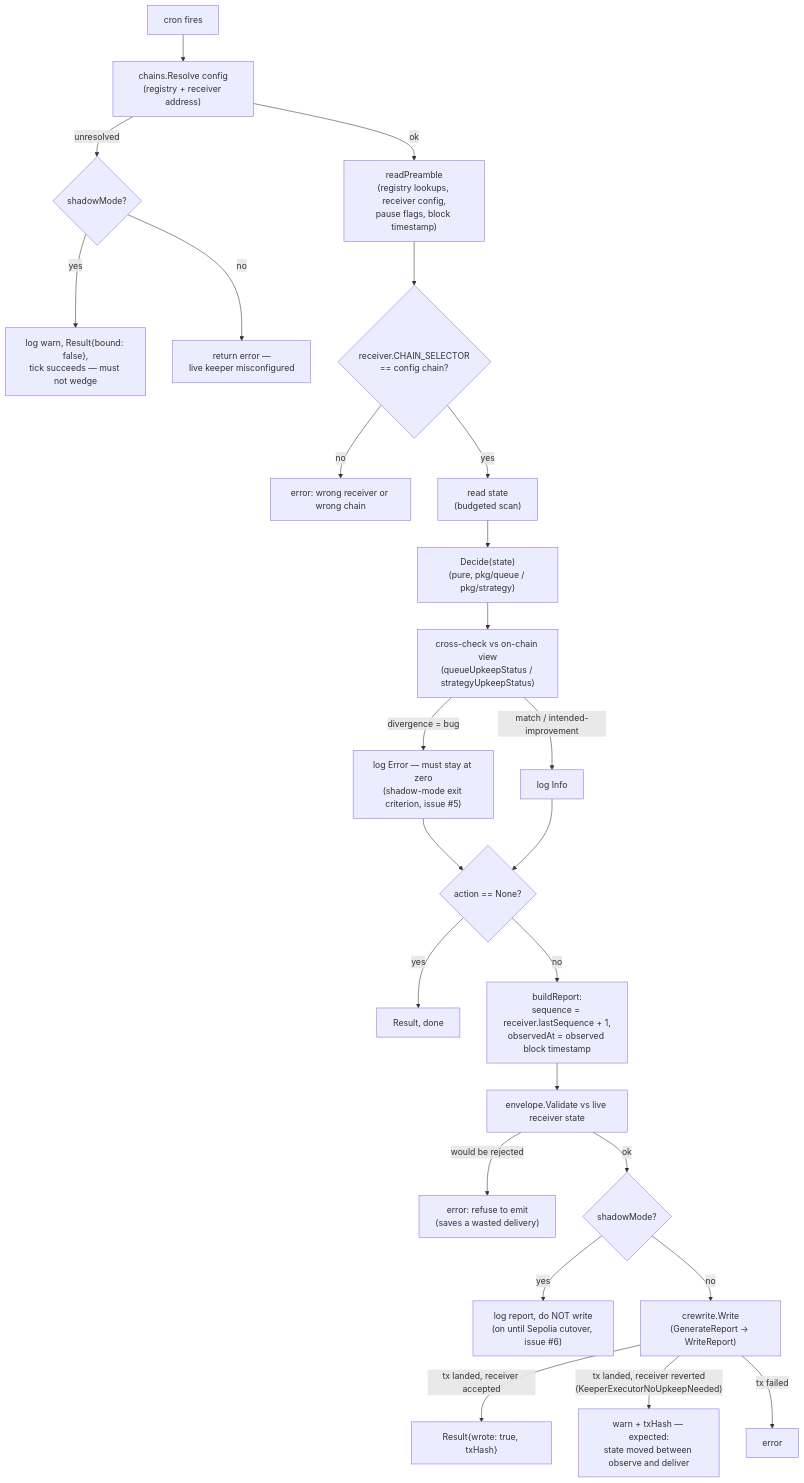
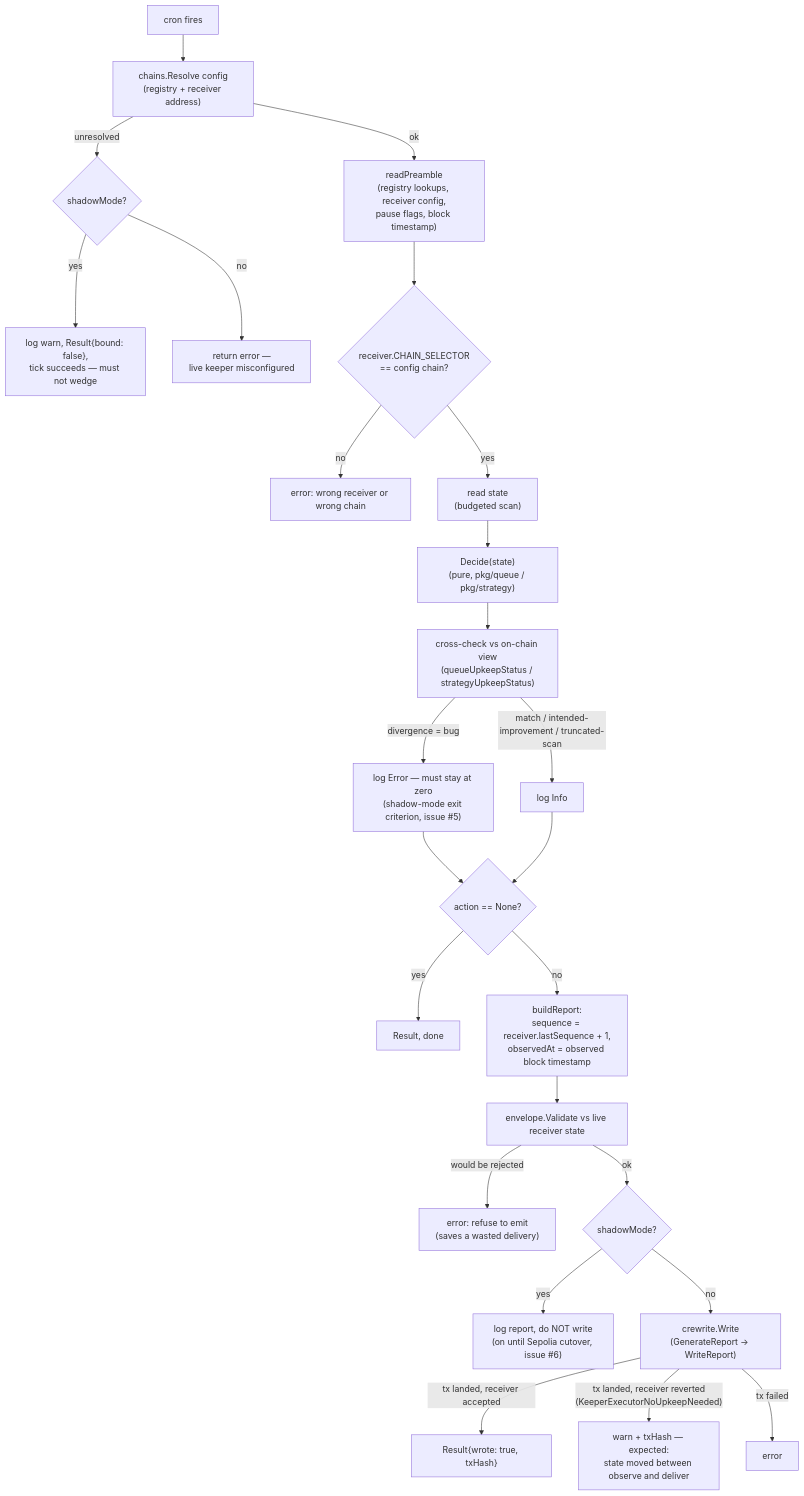
Before and after one commit to everstrat-xyz/keepers: the second of 2 diagrams in blueprints/01-system-overview.md, drawn with Mermaid. The commit also changed 11 other files, not shown here.

````diff
--- a/blueprints/01-system-overview.md
+++ b/blueprints/01-system-overview.md
@@ -73,27 +73,27 @@
 ```mermaid
 flowchart TB
     T["cron fires"] --> R["chains.Resolve config<br/>(registry + receiver address)"]
     R -- "unresolved" --> S{"shadowMode?"}
     S -- "yes" --> SW["log warn, Result{bound: false},<br/>tick succeeds — must not wedge"]
     S -- "no" --> FAIL["return error —<br/>live keeper misconfigured"]
     R -- "ok" --> P["readPreamble<br/>(registry lookups, receiver config,<br/>pause flags, block timestamp)"]
     P --> CS{"receiver.CHAIN_SELECTOR<br/>== config chain?"}
     CS -- "no" --> FAIL2["error: wrong receiver or wrong chain"]
     CS -- "yes" --> ST["read state<br/>(budgeted scan)"]
     ST --> D["Decide(state)<br/>(pure, pkg/queue / pkg/strategy)"]
     D --> X["cross-check vs on-chain view<br/>(queueUpkeepStatus / strategyUpkeepStatus)"]
     X -- "divergence = bug" --> EL["log Error — must stay at zero<br/>(shadow-mode exit criterion, issue #5)"]
-    X -- "match / intended-improvement" --> IL["log Info"]
+    X -- "match / intended-improvement / truncated-scan" --> IL["log Info"]
     EL --> NA{"action == None?"}
     IL --> NA
     NA -- "yes" --> DONE["Result, done"]
     NA -- "no" --> BR["buildReport:<br/>sequence = receiver.lastSequence + 1,<br/>observedAt = observed block timestamp"]
     BR --> V["envelope.Validate vs live receiver state"]
     V -- "would be rejected" --> FAIL3["error: refuse to emit<br/>(saves a wasted delivery)"]
     V -- "ok" --> SM2{"shadowMode?"}
     SM2 -- "yes" --> SH["log report, do NOT write<br/>(on until Sepolia cutover, issue #6)"]
     SM2 -- "no" --> WR["crewrite.Write<br/>(GenerateReport → WriteReport)"]
     WR -- "tx landed, receiver accepted" --> OK["Result{wrote: true, txHash}"]
     WR -- "tx landed, receiver reverted<br/>(KeeperExecutorNoUpkeepNeeded)" --> REV["warn + txHash — expected:<br/>state moved between observe and deliver"]
     WR -- "tx failed" --> FAIL4["error"]
 ```
````
